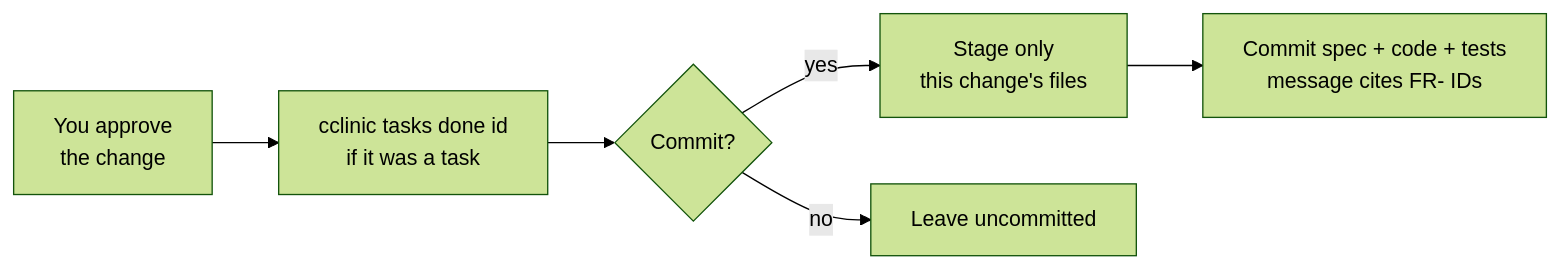
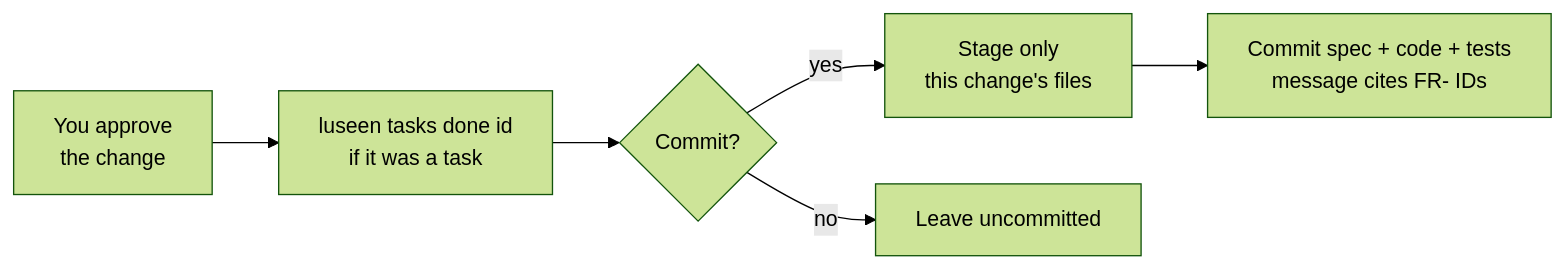
Before and after one commit to Hayko97/cclinic: the sixth of 6 diagrams in DEVELOPMENT_FLOW.md, drawn with Mermaid (forest theme). The commit also changed other lines of this file and 311 other files, not shown here.

````diff
--- a/DEVELOPMENT_FLOW.md
+++ b/DEVELOPMENT_FLOW.md
@@ -148,8 +148,8 @@
 ```mermaid
 flowchart LR
-    A[You approve<br/>the change] --> TD[cclinic tasks done id<br/>if it was a task]
+    A[You approve<br/>the change] --> TD[luseen tasks done id<br/>if it was a task]
     TD --> Q{Commit?}
     Q -- yes --> St[Stage only<br/>this change's files]
     St --> C[Commit spec + code + tests<br/>message cites FR- IDs]
     Q -- no --> N[Leave uncommitted]
 ```
````
